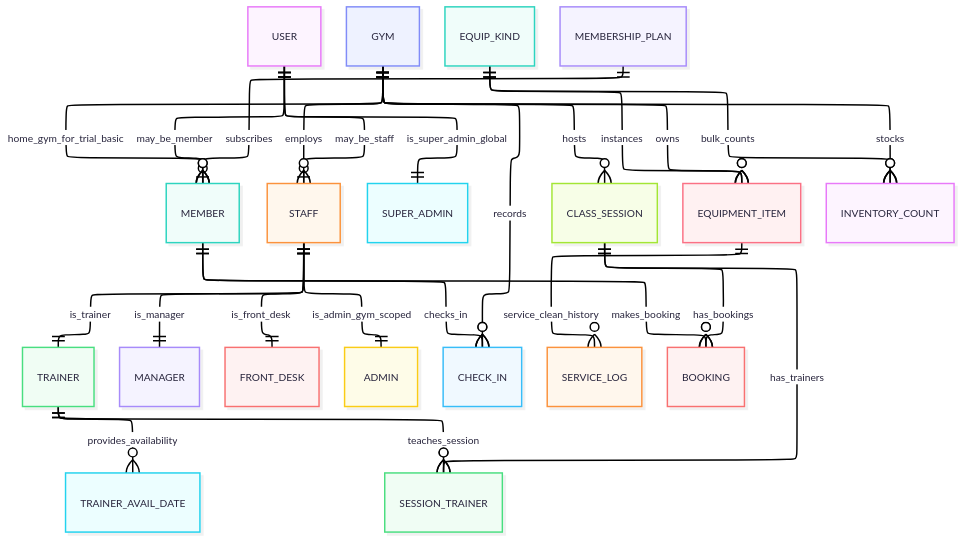
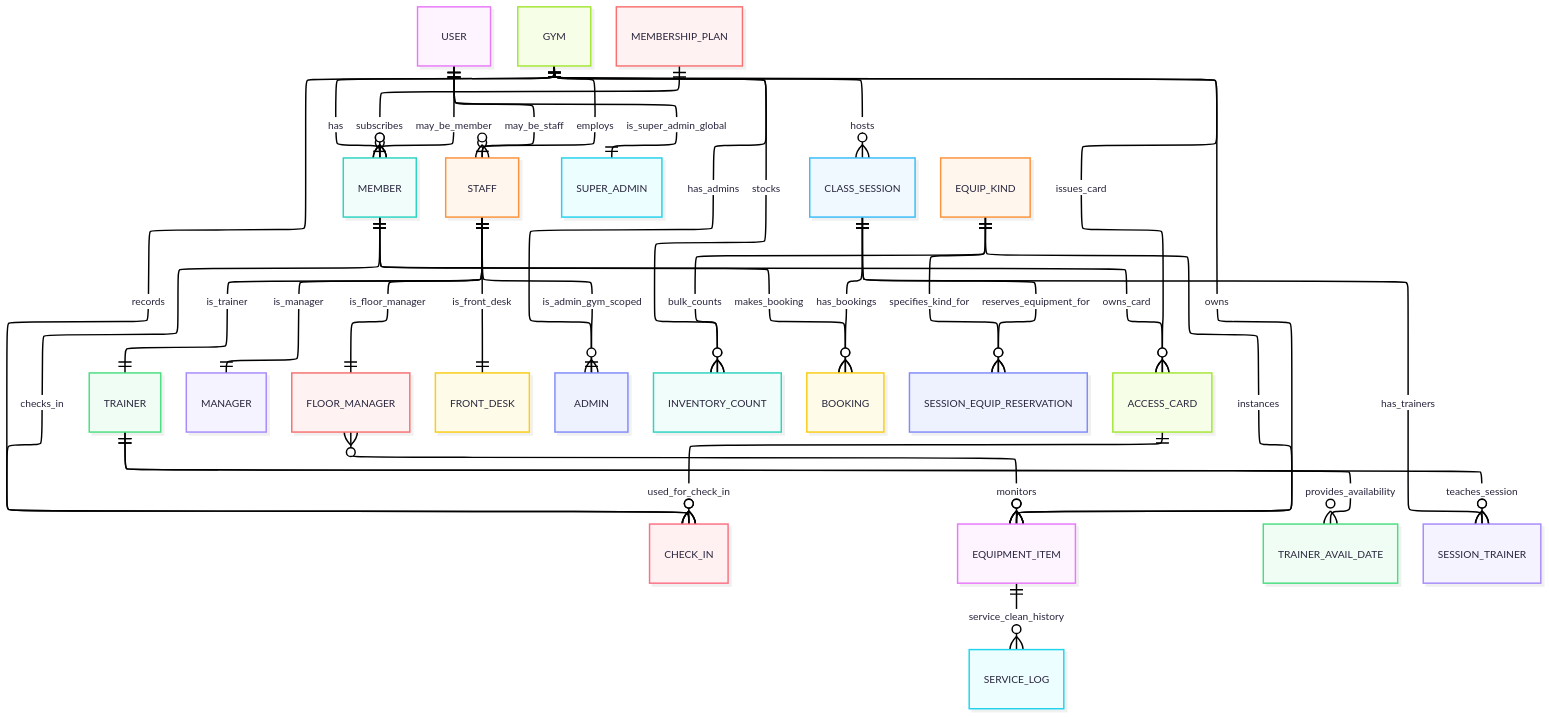
Before and after one commit to jic48-rutgers/FitDB: the first of 7 diagrams in docs/ERDs.md, drawn with Mermaid. The commit also changed other lines of this file, not shown here.

````diff
--- a/docs/ERDs.md
+++ b/docs/ERDs.md
@@ -14,46 +19,61 @@
 ```mermaid
 ---
 config:
   theme: redux-color
   look: neo
   layout: elk
   elk:
     mergeEdges: True
     nodePlacementStrategy: LINEAR_SEGMENTS
 ---
 erDiagram
-    %% overview - entities & relationships only (no audit tables)
+    %% Overview (no audit tables)
 
-    %% user specializations
-    USER  ||--o| MEMBER      : may_be_member
-    USER  ||--o| STAFF       : may_be_staff
-    USER  ||--|| SUPER_ADMIN : is_super_admin_global
-    STAFF ||--|| TRAINER     : is_trainer
-    STAFF ||--|| MANAGER     : is_manager
-    STAFF ||--|| FRONT_DESK  : is_front_desk
-    STAFF ||--|| ADMIN       : is_admin_gym_scoped
+    %% Relationships
+    %% Users
+    USER  ||--o| MEMBER        : may_be_member
+    USER  ||--o| STAFF         : may_be_staff
+    USER  ||--|| SUPER_ADMIN   : is_super_admin_global
 
-    %% gym "ownership"
-    GYM ||--o{ STAFF           : employs
-    GYM ||--o{ CLASS_SESSION   : hosts
-    GYM ||--o{ CHECK_IN        : records
-    GYM ||--o{ EQUIPMENT_ITEM  : owns
-    GYM ||--o{ INVENTORY_COUNT : stocks
-    GYM ||--o{ MEMBER          : home_gym_for_trial_basic
+    %% Staff roles
+    STAFF ||--|| TRAINER       : is_trainer
+    STAFF ||--|| MANAGER       : is_manager
+    STAFF ||--|| FLOOR_MANAGER : is_floor_manager
+    STAFF ||--|| FRONT_DESK    : is_front_desk
+    STAFF ||--|| ADMIN         : is_admin_gym_scoped
 
-    %% equipment & maintenance
-    EQUIP_KIND   ||--o{ EQUIPMENT_ITEM  : instances
-    EQUIP_KIND   ||--o{ INVENTORY_COUNT : bulk_counts
-    EQUIPMENT_ITEM ||--o{ SERVICE_LOG   : service_clean_history
+    %% Gyms relations
+    GYM ||--o{ STAFF            : employs
+    GYM ||--o{ ADMIN            : has_admins
+    GYM ||--o{ CLASS_SESSION    : hosts
+    GYM ||--o{ CHECK_IN         : records
+    GYM ||--o{ EQUIPMENT_ITEM   : owns
+    GYM ||--o{ INVENTORY_COUNT  : stocks
+    GYM ||--o{ MEMBER           : has
 
-    %% availability & class staffing
-    TRAINER ||--o{ TRAINER_AVAIL_DATE : provides_availability
-    CLASS_SESSION ||--o{ SESSION_TRAINER : has_trainers
-    TRAINER ||--o{ SESSION_TRAINER : teaches_session
+    %% Equipment & maintenance
+    EQUIP_KIND      ||--o{ EQUIPMENT_ITEM            : instances
+    EQUIP_KIND      ||--o{ INVENTORY_COUNT           : bulk_counts
+    EQUIPMENT_ITEM  ||--o{ SERVICE_LOG               : service_clean_history
 
-    %% memberships, bookings, and attendance
-    MEMBERSHIP_PLAN ||--o{ MEMBER : subscribes
-    CLASS_SESSION   ||--o{ BOOKING : has_bookings
-    MEMBER          ||--o{ BOOKING : makes_booking
-    MEMBER          ||--o{ CHECK_IN: checks_in
+    %% Floor manager monitors equipment
+    FLOOR_MANAGER }o--o{ EQUIPMENT_ITEM              : monitors
+
+    %% Trainer availability & class staffing
+    TRAINER         ||--o{ TRAINER_AVAIL_DATE        : provides_availability
+    CLASS_SESSION   ||--o{ SESSION_TRAINER           : has_trainers
+    TRAINER         ||--o{ SESSION_TRAINER           : teaches_session
+
+    %% Memberships, bookings, and attendance
+    MEMBERSHIP_PLAN ||--o{ MEMBER                    : subscribes
+    CLASS_SESSION   ||--o{ BOOKING                   : has_bookings
+    MEMBER          ||--o{ BOOKING                   : makes_booking
+    MEMBER          ||--o{ CHECK_IN                  : checks_in
+
+    %% Weak entities
+    CLASS_SESSION   ||--o{ SESSION_EQUIP_RESERVATION : reserves_equipment_for
+    EQUIP_KIND      ||--o{ SESSION_EQUIP_RESERVATION : specifies_kind_for
+    MEMBER          ||--o{ ACCESS_CARD               : owns_card
+    GYM             ||--o{ ACCESS_CARD               : issues_card
+    ACCESS_CARD     ||--o{ CHECK_IN                  : used_for_check_in
 ```
````
